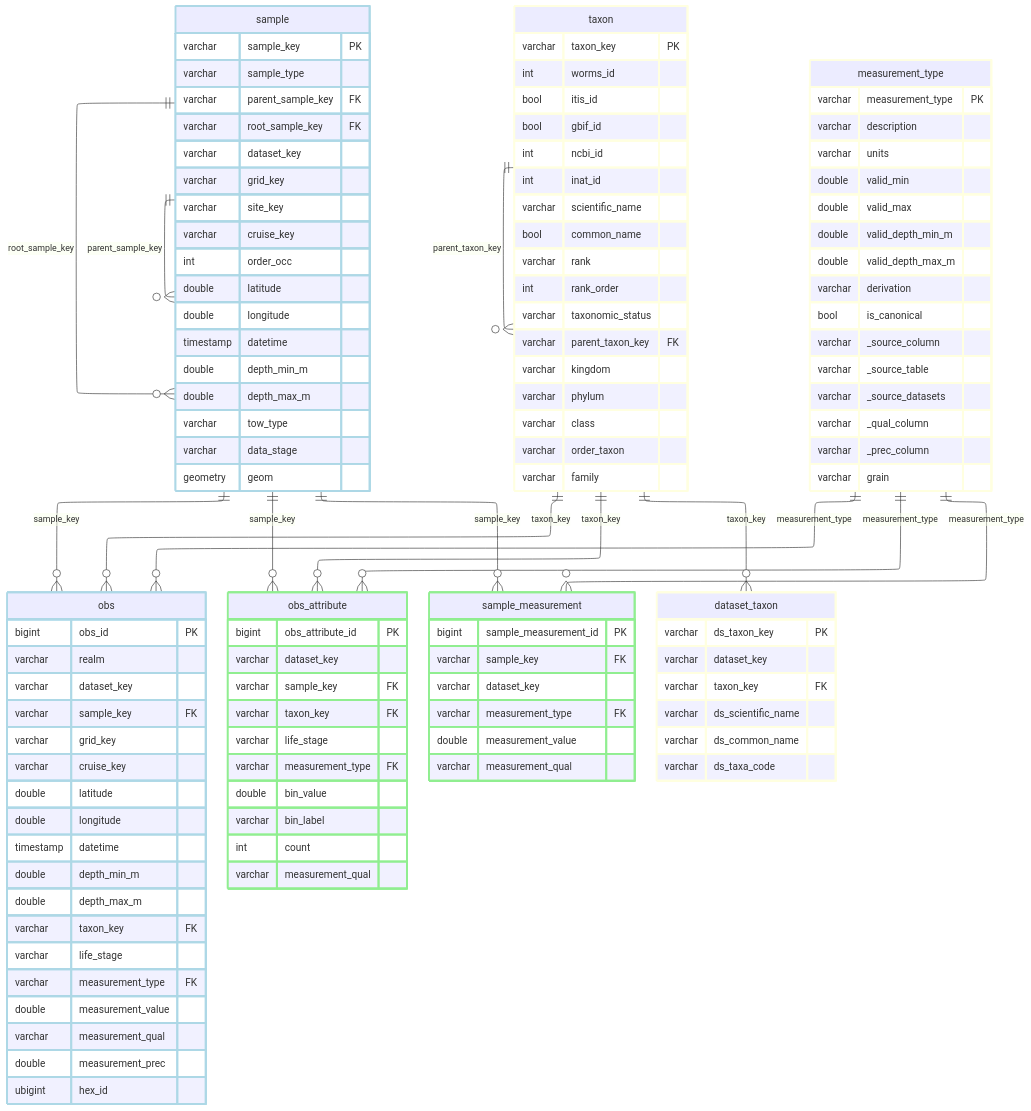
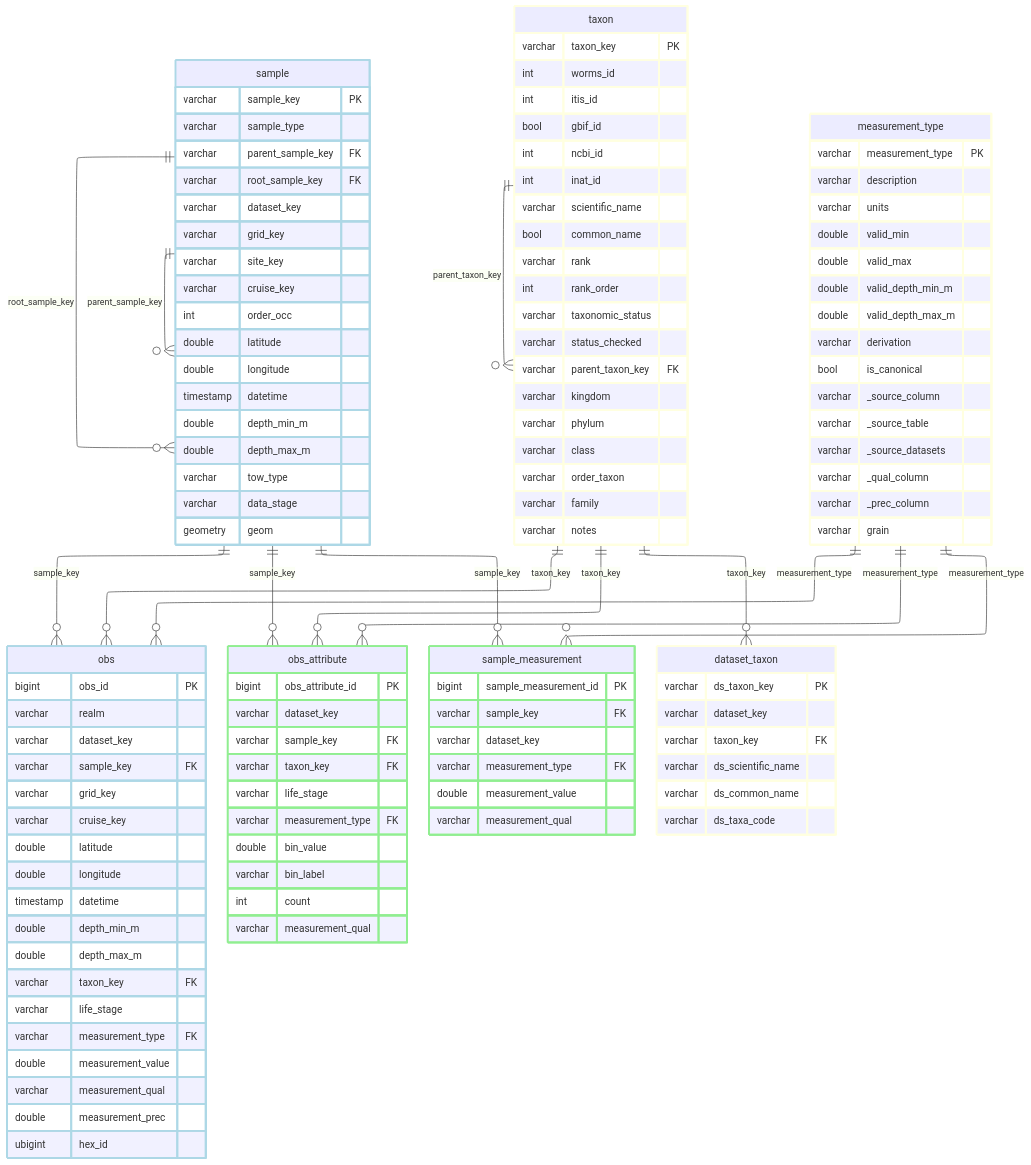
Before and after one commit to CalCOFI/workflows: the diagram in _output/ingest_cdfw_dungeness-crab_files/figure-html/schema-core-1.mmd, drawn with Mermaid. The commit also changed 49 other files, not shown here.

```diff
--- a/_output/ingest_cdfw_dungeness-crab_files/figure-html/schema-core-1.mmd
+++ b/_output/ingest_cdfw_dungeness-crab_files/figure-html/schema-core-1.mmd
@@ -1,126 +1,128 @@
 ---
 config:
   layout: elk
 ---
 erDiagram
     sample {
         varchar sample_key PK
         varchar sample_type
         varchar parent_sample_key FK
         varchar root_sample_key FK
         varchar dataset_key
         varchar grid_key
         varchar site_key
         varchar cruise_key
         int order_occ
         double latitude
         double longitude
         timestamp datetime
         double depth_min_m
         double depth_max_m
         varchar tow_type
         varchar data_stage
         geometry geom
     }
     obs {
         bigint obs_id PK
         varchar realm
         varchar dataset_key
         varchar sample_key FK
         varchar grid_key
         varchar cruise_key
         double latitude
         double longitude
         timestamp datetime
         double depth_min_m
         double depth_max_m
         varchar taxon_key FK
         varchar life_stage
         varchar measurement_type FK
         double measurement_value
         varchar measurement_qual
         double measurement_prec
         ubigint hex_id
     }
     obs_attribute {
         bigint obs_attribute_id PK
         varchar dataset_key
         varchar sample_key FK
         varchar taxon_key FK
         varchar life_stage
         varchar measurement_type FK
         double bin_value
         varchar bin_label
         int count
         varchar measurement_qual
     }
     sample_measurement {
         bigint sample_measurement_id PK
         varchar sample_key FK
         varchar dataset_key
         varchar measurement_type FK
         double measurement_value
         varchar measurement_qual
     }
     taxon {
         varchar taxon_key PK
         int worms_id
-        bool itis_id
+        int itis_id
         bool gbif_id
         int ncbi_id
         int inat_id
         varchar scientific_name
         bool common_name
         varchar rank
         int rank_order
         varchar taxonomic_status
+        varchar status_checked
         varchar parent_taxon_key FK
         varchar kingdom
         varchar phylum
         varchar class
         varchar order_taxon
         varchar family
+        varchar notes
     }
     dataset_taxon {
         varchar ds_taxon_key PK
         varchar dataset_key
         varchar taxon_key FK
         varchar ds_scientific_name
         varchar ds_common_name
         varchar ds_taxa_code
     }
     measurement_type {
         varchar measurement_type PK
         varchar description
         varchar units
         double valid_min
         double valid_max
         double valid_depth_min_m
         double valid_depth_max_m
         varchar derivation
         bool is_canonical
         varchar _source_column
         varchar _source_table
         varchar _source_datasets
         varchar _qual_column
         varchar _prec_column
         varchar grain
     }
     sample ||--o{ sample : "parent_sample_key"
     sample ||--o{ sample : "root_sample_key"
     sample ||--o{ obs : "sample_key"
     taxon ||--o{ obs : "taxon_key"
     measurement_type ||--o{ obs : "measurement_type"
     sample ||--o{ obs_attribute : "sample_key"
     taxon ||--o{ obs_attribute : "taxon_key"
     measurement_type ||--o{ obs_attribute : "measurement_type"
     sample ||--o{ sample_measurement : "sample_key"
     measurement_type ||--o{ sample_measurement : "measurement_type"
     taxon ||--o{ dataset_taxon : "taxon_key"
     taxon ||--o{ taxon : "parent_taxon_key"
     classDef lightblue stroke:#ADD8E6,stroke-width:3px
     class sample,obs lightblue
     classDef lightgreen stroke:#90EE90,stroke-width:3px
     class obs_attribute,sample_measurement lightgreen
     classDef lightyellow stroke:#FFFFE0,stroke-width:3px
     class taxon,dataset_taxon,measurement_type lightyellow
```
